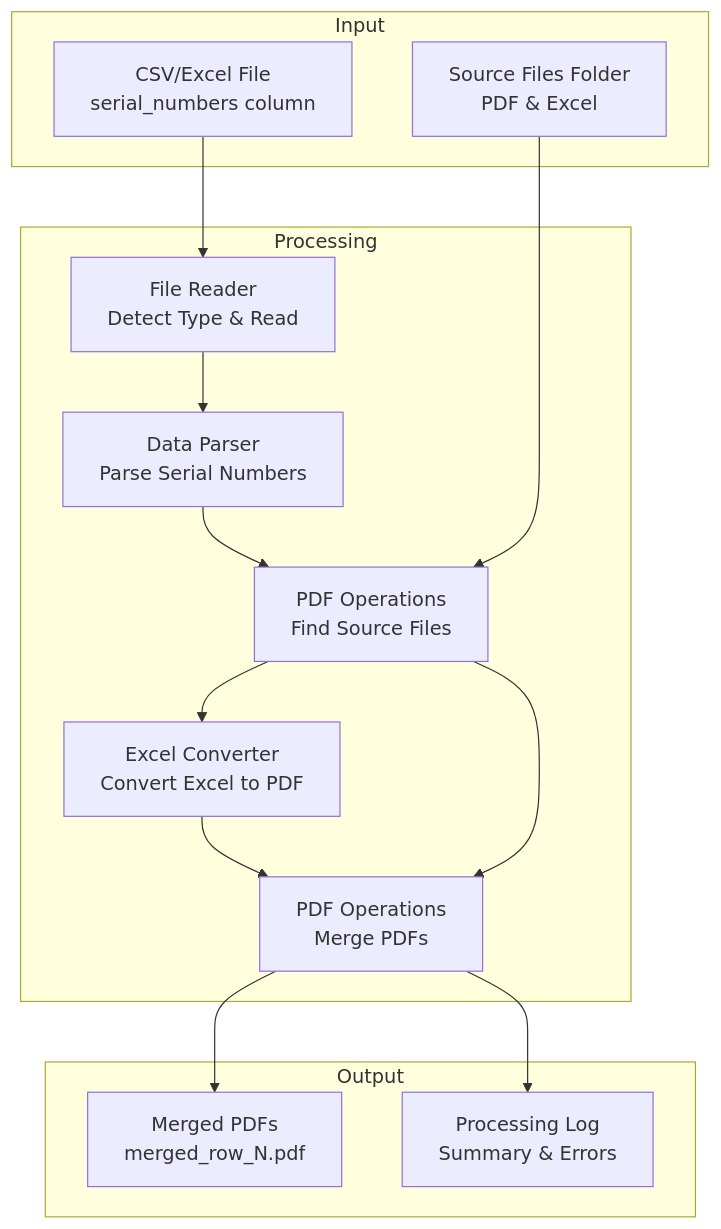
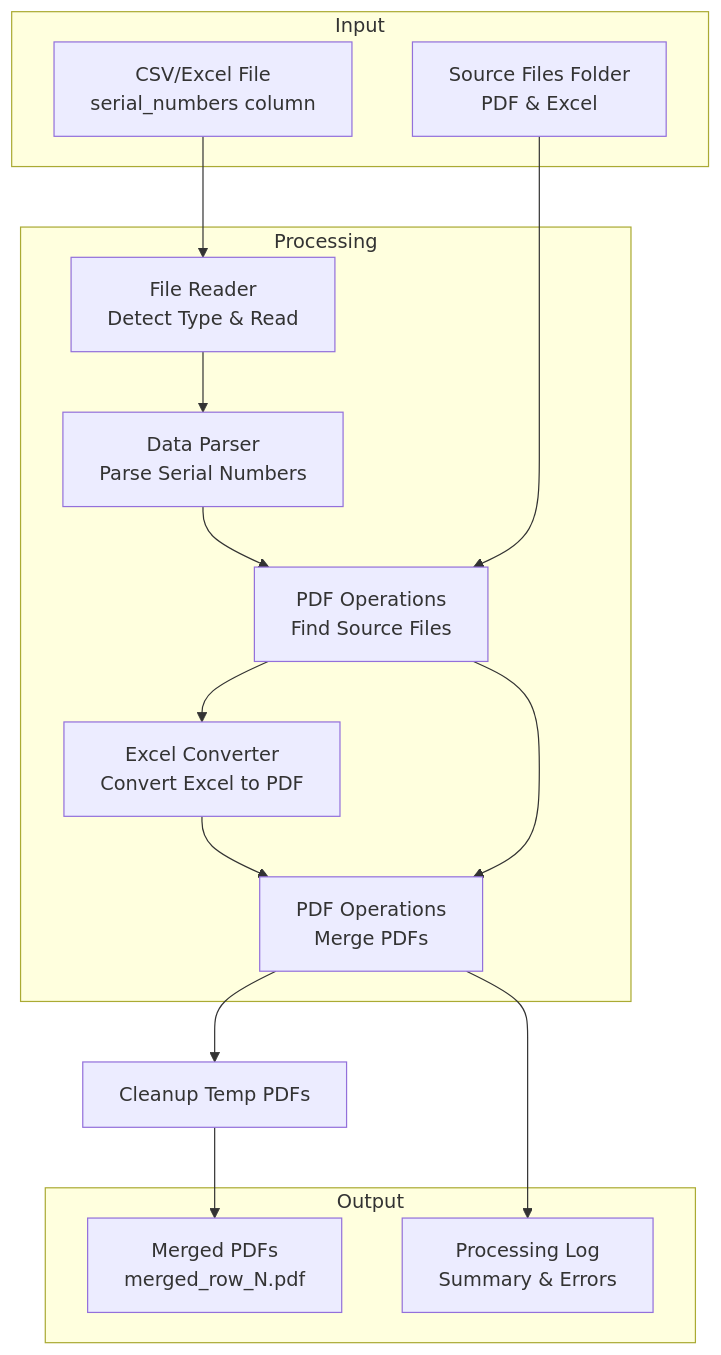
One commit to Yoavsb25/files-unifier changed the sixth of 6 diagrams in ARCHITECTURE.md. Above: the diagram before and after it, drawn with Mermaid. The commit also changed other lines of this file and 3 other files, not shown here.

````diff
--- a/ARCHITECTURE.md
+++ b/ARCHITECTURE.md
@@ -332,30 +364,31 @@
 ```mermaid
 graph TB
     subgraph "Input"
         CSV[CSV/Excel File<br/>serial_numbers column]
         SourceFiles[Source Files Folder<br/>PDF & Excel]
     end
     
     subgraph "Processing"
         Read[File Reader<br/>Detect Type & Read]
         Parse[Data Parser<br/>Parse Serial Numbers]
         Find[PDF Operations<br/>Find Source Files]
         Convert[Excel Converter<br/>Convert Excel to PDF]
         Merge[PDF Operations<br/>Merge PDFs]
     end
     
     subgraph "Output"
         Merged[Merged PDFs<br/>merged_row_N.pdf]
         Log[Processing Log<br/>Summary & Errors]
     end
     
     CSV --> Read
     Read --> Parse
     Parse --> Find
     SourceFiles --> Find
     Find --> Convert
     Convert --> Merge
     Find --> Merge
-    Merge --> Merged
+    Merge --> Cleanup[Cleanup Temp PDFs]
+    Cleanup --> Merged
     Merge --> Log
 ```
````
